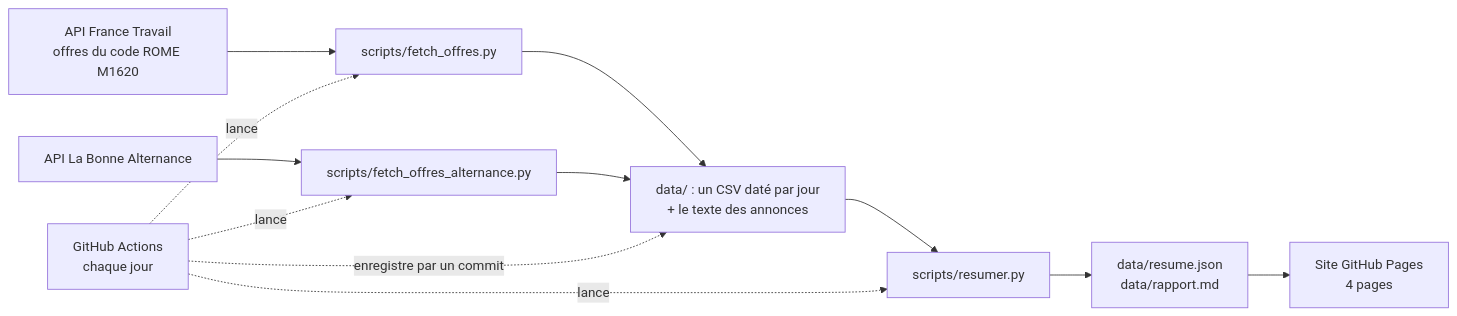
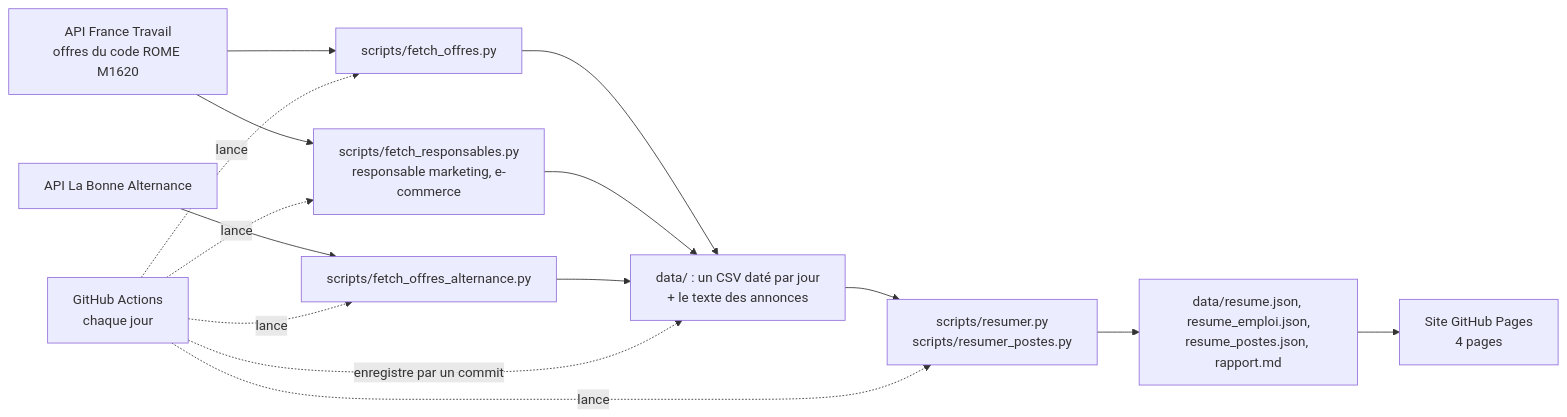
The diagram in README.md (luciedscrs-byte/avenir), drawn with Mermaid before and after one commit. The commit also changed other lines of this file and 12 other files, not shown here.

````diff
--- a/README.md
+++ b/README.md
@@ -9,14 +9,17 @@
 ```mermaid
 flowchart LR
   A["API France Travail<br/>offres du code ROME M1620"] --> B["scripts/fetch_offres.py"]
+  A --> R["scripts/fetch_responsables.py<br/>responsable marketing, e-commerce"]
   C["API La Bonne Alternance"] --> D["scripts/fetch_offres_alternance.py"]
   B --> E["data/ : un CSV daté par jour<br/>+ le texte des annonces"]
+  R --> E
   D --> E
-  E --> F["scripts/resumer.py"]
-  F --> G["data/resume.json<br/>data/rapport.md"]
+  E --> F["scripts/resumer.py<br/>scripts/resumer_postes.py"]
+  F --> G["data/resume.json, resume_emploi.json,<br/>resume_postes.json, rapport.md"]
   G --> H["Site GitHub Pages<br/>4 pages"]
   I["GitHub Actions<br/>chaque jour"] -.->|lance| B
+  I -.->|lance| R
   I -.->|lance| D
   I -.->|lance| F
   I -.->|enregistre par un commit| E
 ```
````
